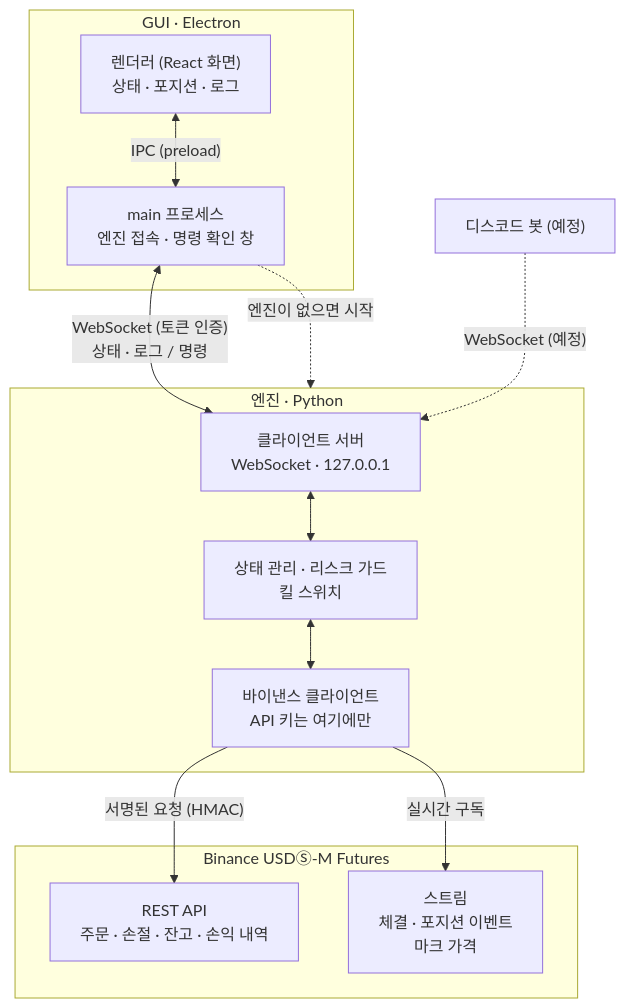
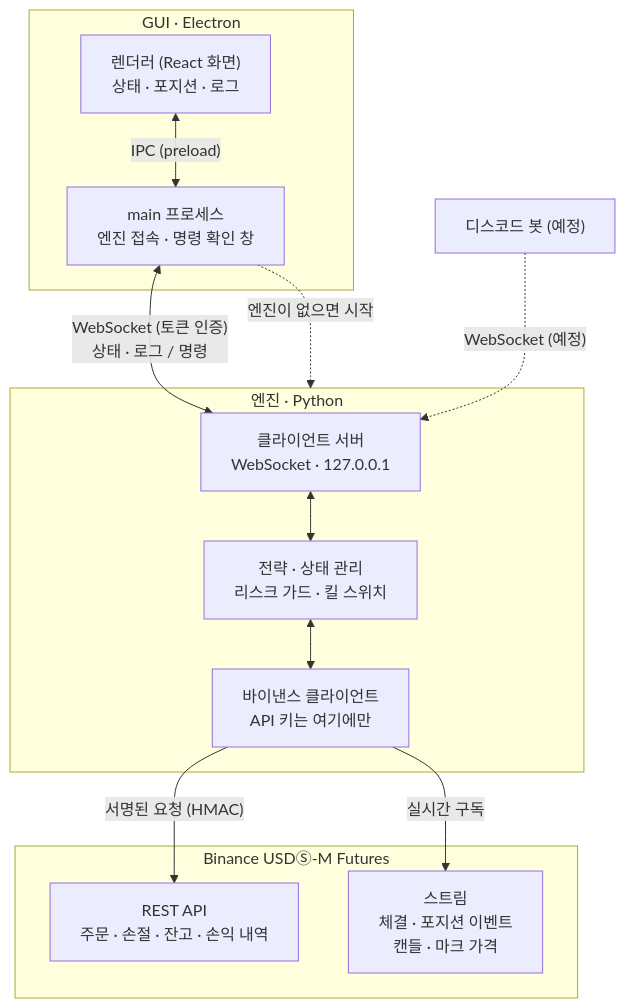
The first of 2 diagrams in README.md (Epsilonely/quantdeck), drawn with Mermaid before and after one commit. The commit also changed other lines of this file and 23 other files, not shown here.

````diff
--- a/README.md
+++ b/README.md
@@ -24,29 +24,29 @@
 ```mermaid
 flowchart TB
     BOT["디스코드 봇 (예정)"]
 
     subgraph GUI["GUI · Electron"]
         R["렌더러 (React 화면)<br/>상태 · 포지션 · 로그"]
         M["main 프로세스<br/>엔진 접속 · 명령 확인 창"]
     end
 
     subgraph ENG["엔진 · Python"]
         S["클라이언트 서버<br/>WebSocket · 127.0.0.1"]
-        C["상태 관리 · 리스크 가드<br/>킬 스위치"]
+        C["전략 · 상태 관리<br/>리스크 가드 · 킬 스위치"]
         B["바이낸스 클라이언트<br/>API 키는 여기에만"]
     end
 
     subgraph BN["Binance USDⓈ-M Futures"]
         REST["REST API<br/>주문 · 손절 · 잔고 · 손익 내역"]
-        WS["스트림<br/>체결 · 포지션 이벤트<br/>마크 가격"]
+        WS["스트림<br/>체결 · 포지션 이벤트<br/>캔들 · 마크 가격"]
     end
 
     R <-->|"IPC (preload)"| M
     M <-->|"WebSocket (토큰 인증)<br/>상태 · 로그 / 명령"| S
     M -.->|"엔진이 없으면 시작"| ENG
     BOT -.->|"WebSocket (예정)"| S
     S <--> C
     C <--> B
     B -->|"서명된 요청 (HMAC)"| REST
     B -->|"실시간 구독"| WS
 ```
````
